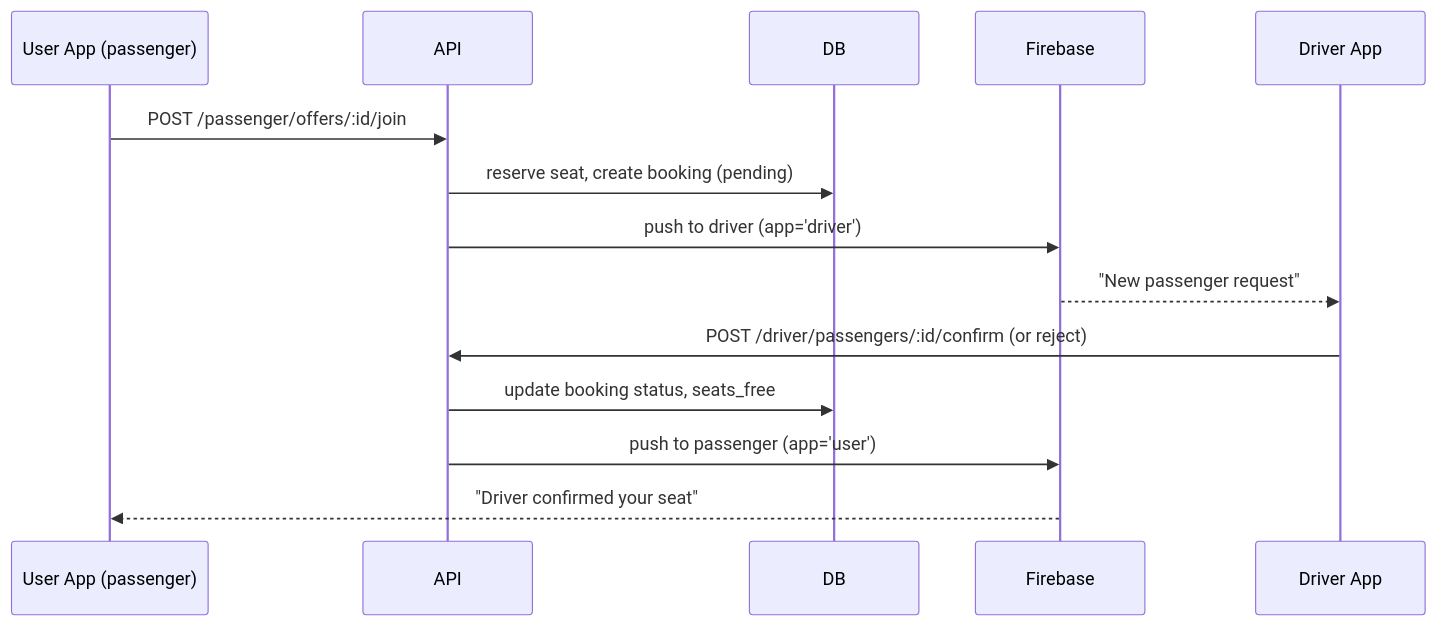
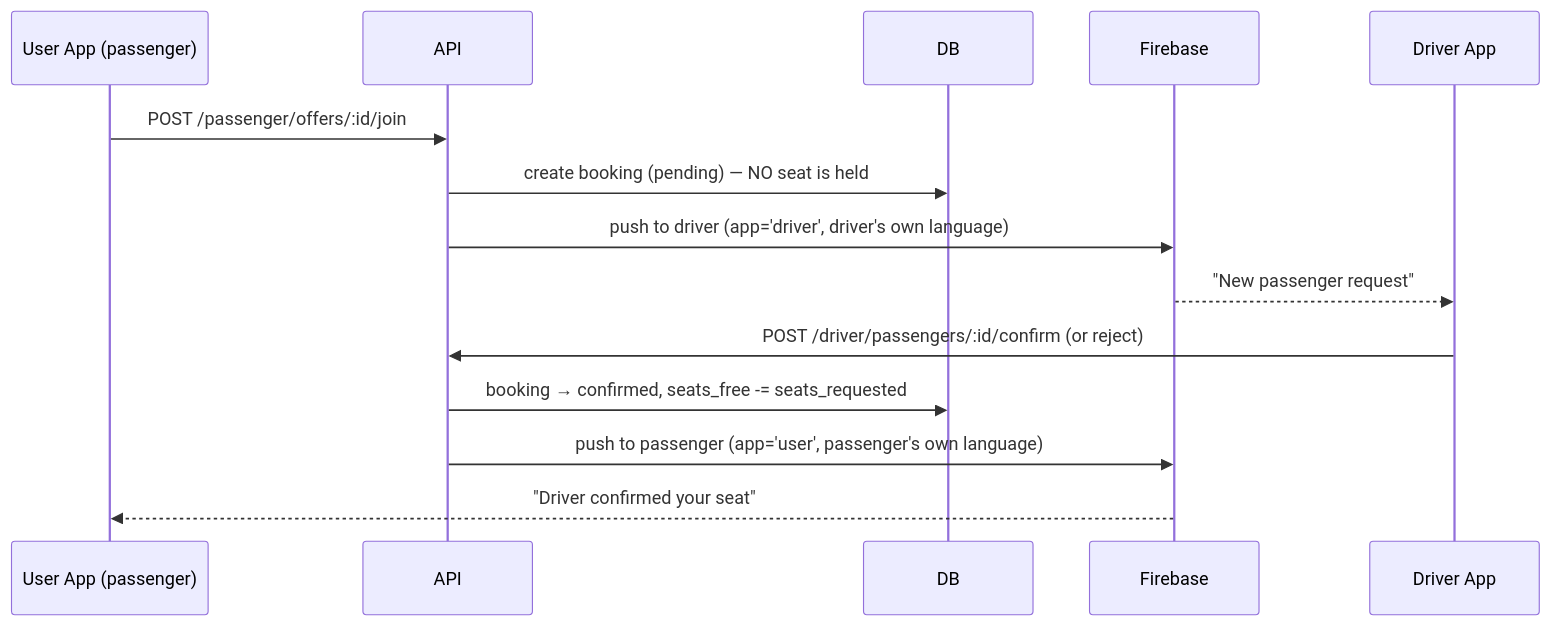
Before and after one commit to obidovbek/ubergo: the second of 2 diagrams in docs/ARCHITECTURE.md, drawn with Mermaid. The commit also changed other lines of this file and 10 other files, not shown here.

````diff
--- a/docs/ARCHITECTURE.md
+++ b/docs/ARCHITECTURE.md
@@ -79,16 +79,16 @@
 ```mermaid
 sequenceDiagram
     participant P as User App (passenger)
     participant A as API
     participant D as DB
     participant F as Firebase
     participant DR as Driver App
     P->>A: POST /passenger/offers/:id/join
-    A->>D: reserve seat, create booking (pending)
-    A->>F: push to driver (app='driver')
+    A->>D: create booking (pending) — NO seat is held
+    A->>F: push to driver (app='driver', driver's own language)
     F-->>DR: "New passenger request"
     DR->>A: POST /driver/passengers/:id/confirm (or reject)
-    A->>D: update booking status, seats_free
-    A->>F: push to passenger (app='user')
+    A->>D: booking → confirmed, seats_free -= seats_requested
+    A->>F: push to passenger (app='user', passenger's own language)
     F-->>P: "Driver confirmed your seat"
 ```
````
